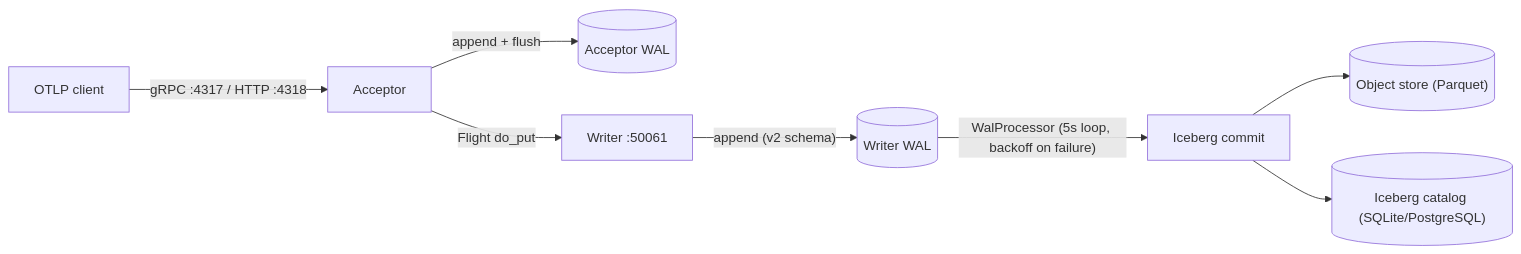
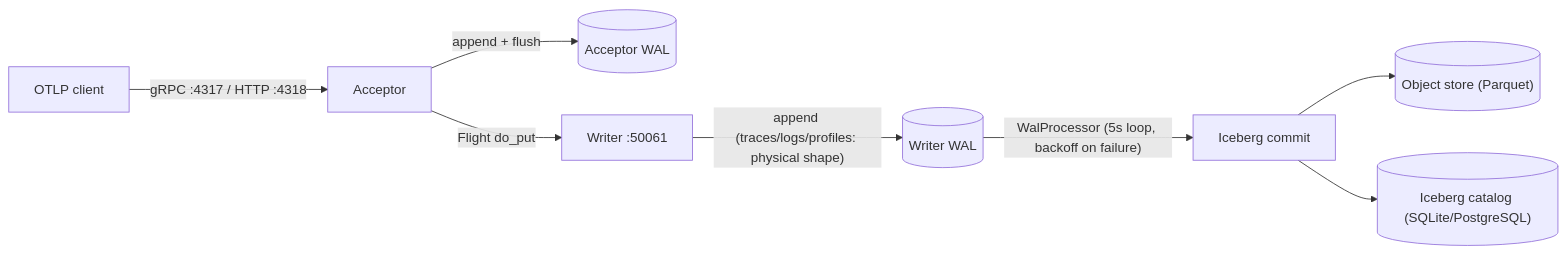
One commit to cedricziel/signaldb changed the first of 2 diagrams in docs/architecture/overview.md. Above: the diagram before and after it, drawn with Mermaid. The commit also changed other lines of this file and 6 other files, not shown here.

First line of the commit message:
docs(architecture): typed attribute tiers, version axes and metrics WAL shape (#2070)

````diff
--- a/docs/architecture/overview.md
+++ b/docs/architecture/overview.md
@@ -120,10 +120,10 @@
 ```mermaid
 flowchart LR
     Client["OTLP client"] -->|"gRPC :4317 / HTTP :4318"| Acceptor
     Acceptor -->|"append + flush"| AWal[("Acceptor WAL")]
     Acceptor -->|"Flight do_put"| Writer["Writer :50061"]
-    Writer -->|"append (v2 schema)"| WWal[("Writer WAL")]
+    Writer -->|"append (traces/logs/profiles: physical shape)"| WWal[("Writer WAL")]
     WWal -->|"WalProcessor (5s loop, backoff on failure)"| Iceberg["Iceberg commit"]
     Iceberg --> Store[("Object store (Parquet)")]
     Iceberg --> Cat[("Iceberg catalog (SQLite/PostgreSQL)")]
 ```
````
